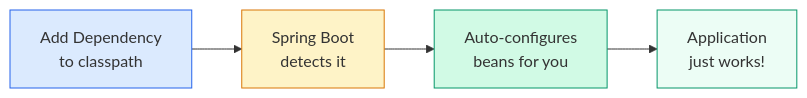
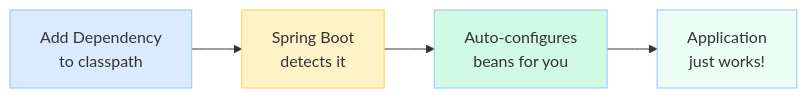
The first of 3 diagrams in docs/springboot/AutoConfiguration.md (saivamsikaruturi/vamsilabs-dev-notes-main), drawn with Mermaid before and after one commit. The commit also changed other lines of this file and 220 other files, not shown here.

First line of the commit message:
Add 50+ new Java/Spring Boot pages, rewrite CSS code blocks to Oracle style, fix all diagram colors

````diff
--- a/docs/springboot/AutoConfiguration.md
+++ b/docs/springboot/AutoConfiguration.md
@@ -5,11 +5,11 @@
 ```mermaid
 flowchart LR
     A["Add Dependency<br/>to classpath"] --> B["Spring Boot<br/>detects it"]
     B --> C["Auto-configures<br/>beans for you"]
     C --> D["Application<br/>just works!"]
 
-    style A fill:#DBEAFE,stroke:#2563EB
-    style B fill:#FEF3C7,stroke:#D97706
-    style C fill:#D1FAE5,stroke:#059669
-    style D fill:#ECFDF5,stroke:#059669
+    style A fill:#DBEAFE,stroke:#93C5FD
+    style B fill:#FEF3C7,stroke:#FCD34D
+    style C fill:#D1FAE5,stroke:#93C5FD
+    style D fill:#ECFDF5,stroke:#93C5FD
 ```
````
